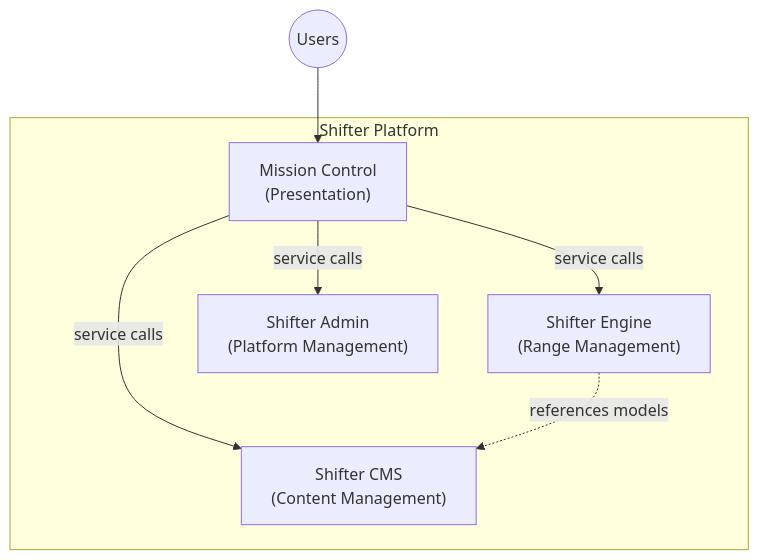
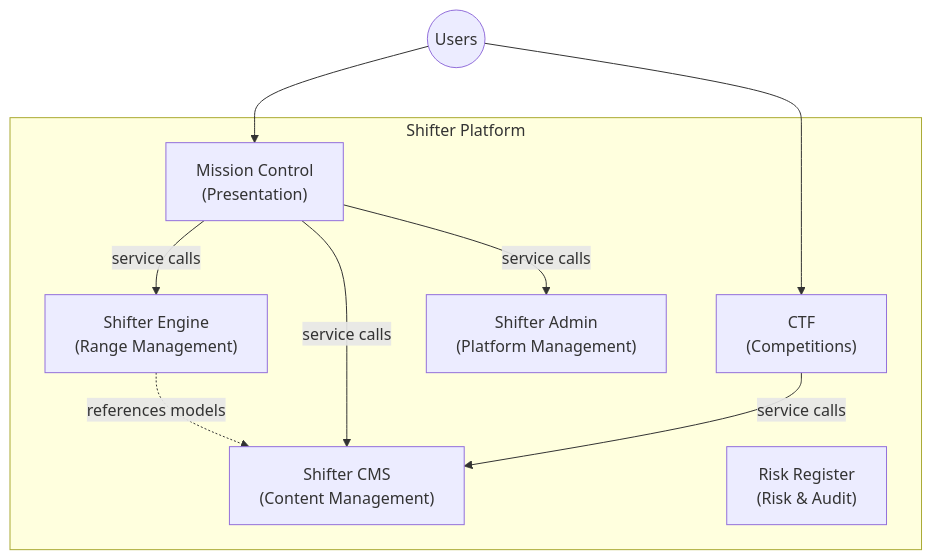
The second of 3 diagrams in shifter/shifter_platform/documentation/docs/technical/architecture.md (PaloAltoNetworks/shifter), drawn with Mermaid before and after one commit. The commit also changed other lines of this file and 13 other files, not shown here.

````diff
--- a/shifter/shifter_platform/documentation/docs/technical/architecture.md
+++ b/shifter/shifter_platform/documentation/docs/technical/architecture.md
@@ -46,16 +46,20 @@
 ```mermaid
 graph TB
     subgraph Shifter["Shifter Platform"]
         MC["Mission Control<br/>(Presentation)"]
         SE["Shifter Engine<br/>(Range Management)"]
         CMS["Shifter CMS<br/>(Content Management)"]
         SA["Shifter Admin<br/>(Platform Management)"]
+        CTF["CTF<br/>(Competitions)"]
+        RR["Risk Register<br/>(Risk & Audit)"]
     end
 
     Users((Users)) --> MC
+    Users --> CTF
 
     MC -->|service calls| SE
     MC -->|service calls| CMS
     MC -->|service calls| SA
+    CTF -->|service calls| CMS
     SE -.->|references models| CMS
 ```
````
